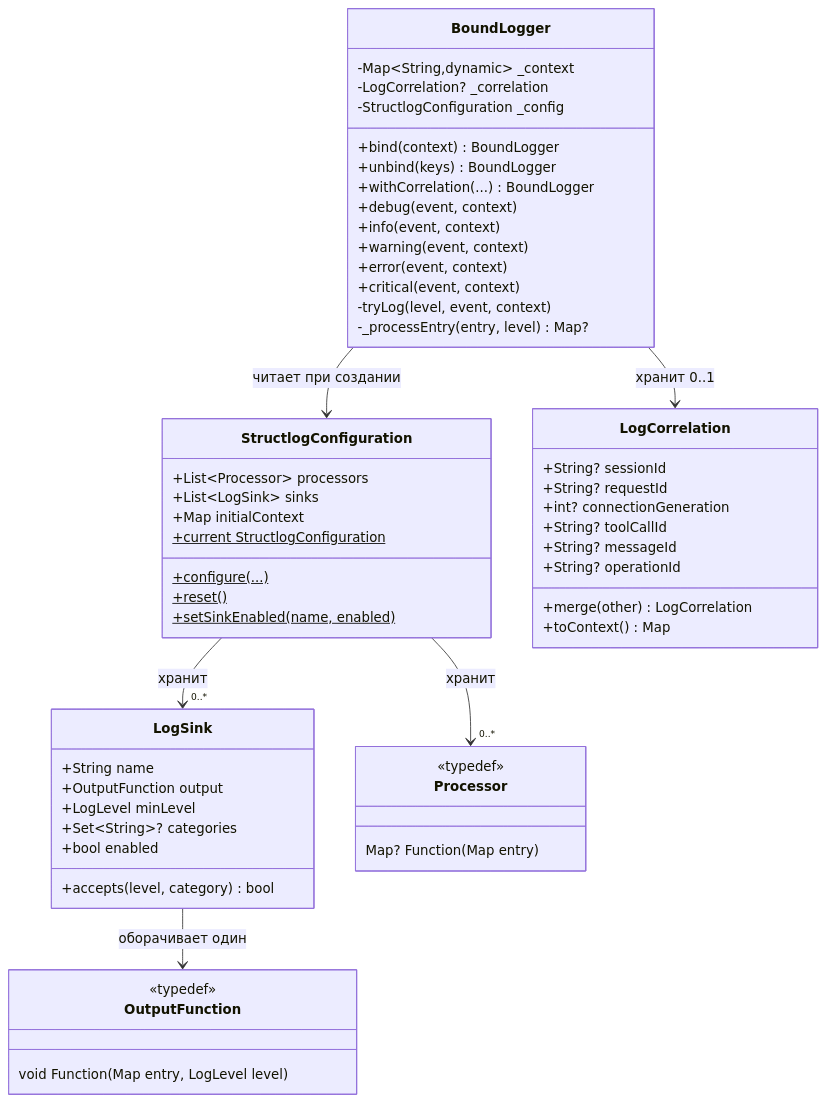
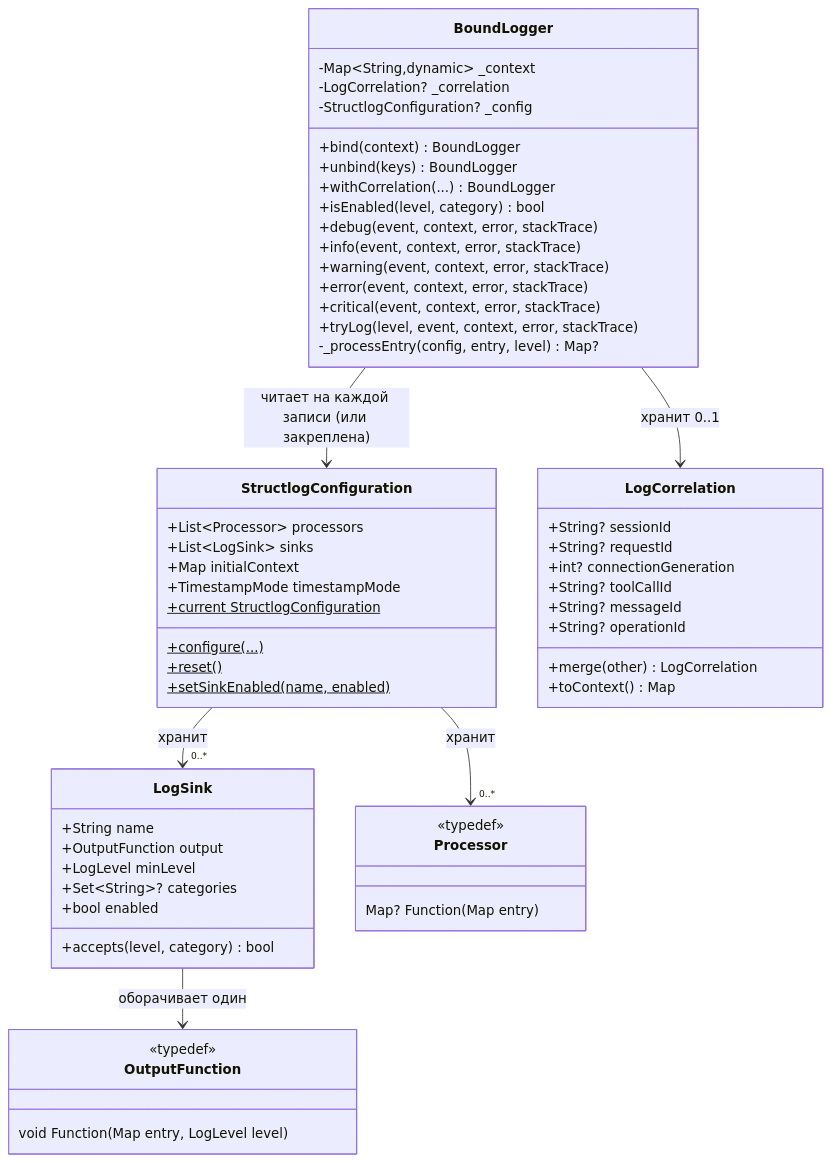
The first of 4 diagrams in emb/structured_log/doc/ARCHITECTURE.ru.md (pese-git/structured_log), drawn with Mermaid before and after one commit. The commit also changed other lines of this file and 4 other files, not shown here.

````diff
--- a/emb/structured_log/doc/ARCHITECTURE.ru.md
+++ b/emb/structured_log/doc/ARCHITECTURE.ru.md
@@ -44,64 +58,66 @@
 ```mermaid
 classDiagram
     class BoundLogger {
         -Map~String,dynamic~ _context
         -LogCorrelation? _correlation
-        -StructlogConfiguration _config
+        -StructlogConfiguration? _config
         +bind(context) BoundLogger
         +unbind(keys) BoundLogger
         +withCorrelation(...) BoundLogger
-        +debug(event, context)
-        +info(event, context)
-        +warning(event, context)
-        +error(event, context)
-        +critical(event, context)
-        -tryLog(level, event, context)
-        -_processEntry(entry, level) Map?
+        +isEnabled(level, category) bool
+        +debug(event, context, error, stackTrace)
+        +info(event, context, error, stackTrace)
+        +warning(event, context, error, stackTrace)
+        +error(event, context, error, stackTrace)
+        +critical(event, context, error, stackTrace)
+        +tryLog(level, event, context, error, stackTrace)
+        -_processEntry(config, entry, level) Map?
     }
 
     class StructlogConfiguration {
         +List~Processor~ processors
         +List~LogSink~ sinks
         +Map initialContext
+        +TimestampMode timestampMode
         +configure(...)$
         +reset()$
         +setSinkEnabled(name, enabled)$
         +current StructlogConfiguration$
     }
 
     class LogCorrelation {
         +String? sessionId
         +String? requestId
         +int? connectionGeneration
         +String? toolCallId
         +String? messageId
         +String? operationId
         +merge(other) LogCorrelation
         +toContext() Map
     }
 
     class LogSink {
         +String name
         +OutputFunction output
         +LogLevel minLevel
         +Set~String~? categories
         +bool enabled
         +accepts(level, category) bool
     }
 
     class Processor {
         <<typedef>>
         Map? Function(Map entry)
     }
 
     class OutputFunction {
         <<typedef>>
         void Function(Map entry, LogLevel level)
     }
 
-    BoundLogger --> StructlogConfiguration : читает при создании
+    BoundLogger --> StructlogConfiguration : читает на каждой записи (или закреплена)
     BoundLogger --> LogCorrelation : хранит 0..1
     StructlogConfiguration --> "0..*" LogSink : хранит
     StructlogConfiguration --> "0..*" Processor : хранит
     LogSink --> OutputFunction : оборачивает один
 ```
````
